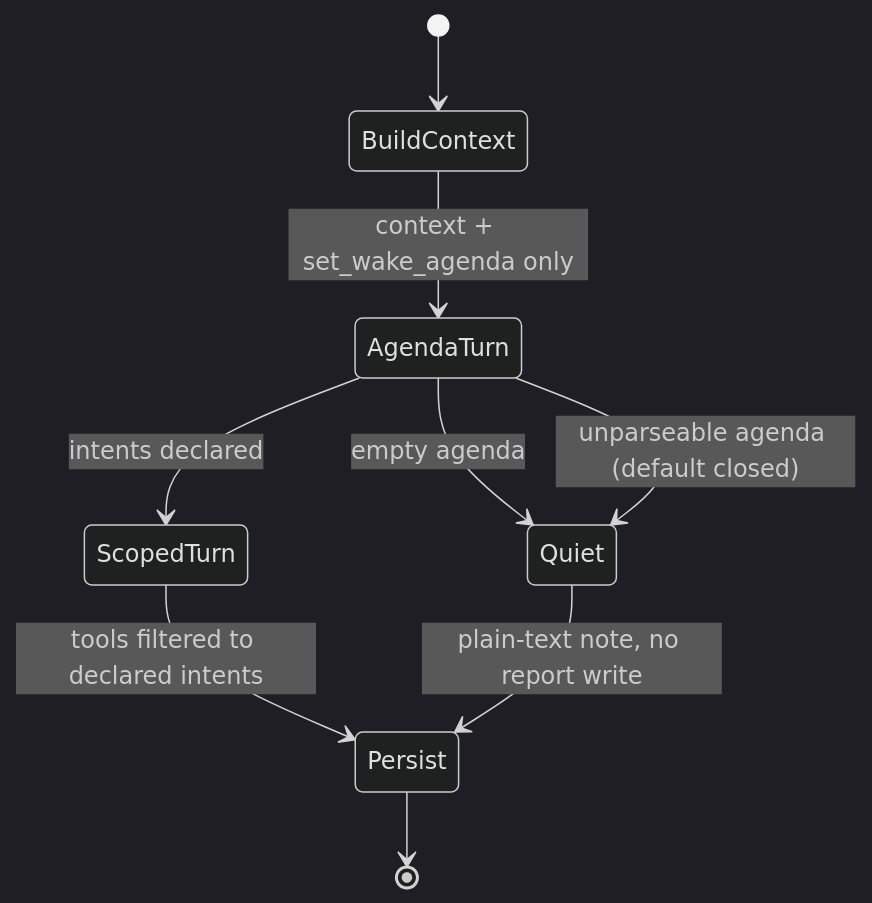
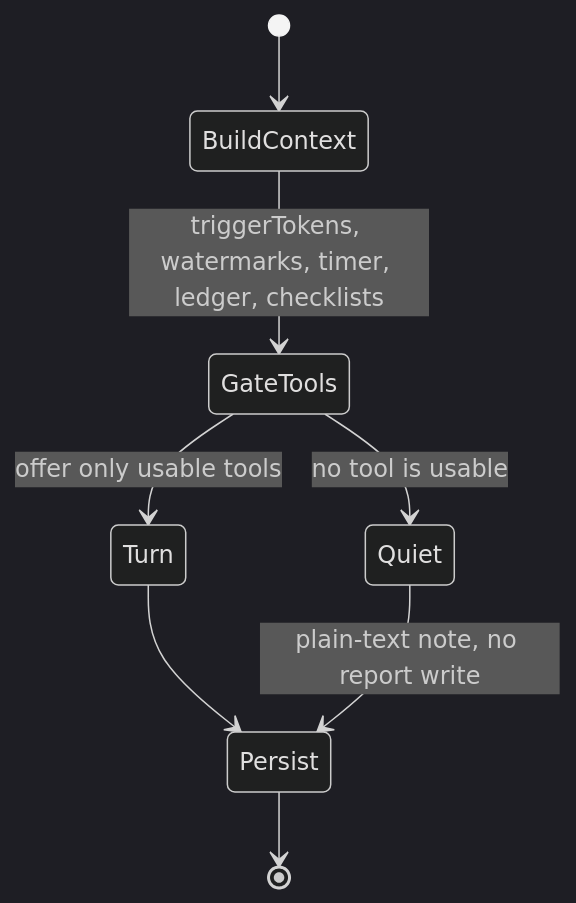
One commit to matthiasn/lotti changed the diagram in docs/adr/0051-agenda-gated-tool-exposure.md. Above: the diagram before and after it, drawn with Mermaid (dark theme). The commit also changed other lines of this file, not shown here.

First line of the commit message:
docs(adr): gate tools on what the wake knows, not on an agenda turn

````diff
--- a/docs/adr/0051-agenda-gated-tool-exposure.md
+++ b/docs/adr/0051-agenda-gated-tool-exposure.md
@@ -67,11 +71,10 @@
 ```mermaid
 stateDiagram-v2
   [*] --> BuildContext
-  BuildContext --> AgendaTurn: context + set_wake_agenda only
-  AgendaTurn --> Quiet: empty agenda
-  AgendaTurn --> Quiet: unparseable agenda (default closed)
-  AgendaTurn --> ScopedTurn: intents declared
-  ScopedTurn --> Persist: tools filtered to declared intents
+  BuildContext --> GateTools: triggerTokens, watermarks, timer, ledger, checklists
+  GateTools --> Quiet: no tool is usable
+  GateTools --> Turn: offer only usable tools
+  Turn --> Persist
   Quiet --> Persist: plain-text note, no report write
   Persist --> [*]
 ```
````
